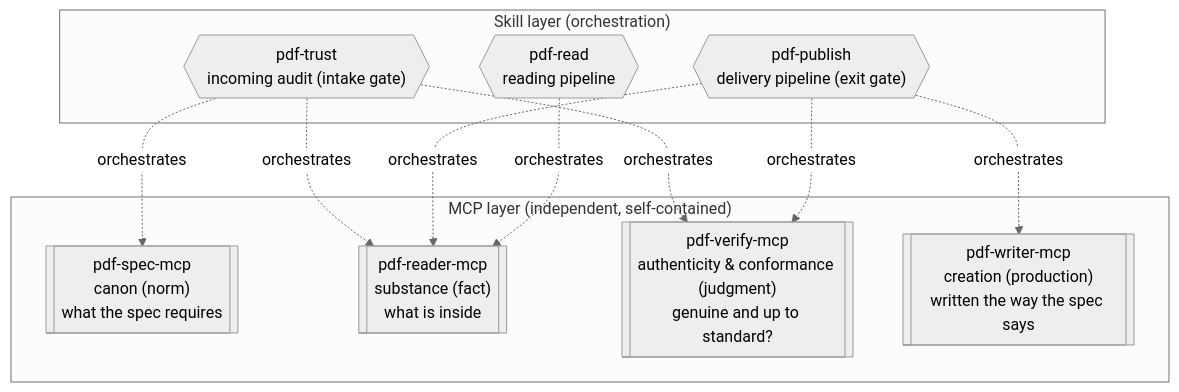
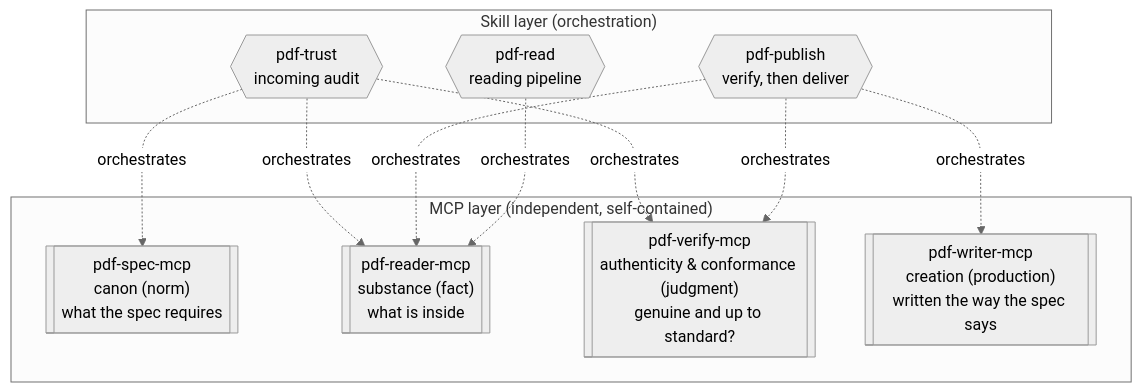
One commit to shuji-bonji/pdf-agent-stack changed the second of 2 diagrams in site/docs/guide/architecture.md. Above: the diagram before and after it, drawn with Mermaid (neutral theme). The commit also changed other lines of this file and 5 other files, not shown here.

````diff
--- a/site/docs/guide/architecture.md
+++ b/site/docs/guide/architecture.md
@@ -49,17 +49,17 @@
 ```mermaid
 graph TB
   subgraph Skills["Skill layer (orchestration)"]
-    TRUST{{"pdf-trust<br>incoming audit (intake gate)"}}
-    PUBLISH{{"pdf-publish<br>delivery pipeline (exit gate)"}}
+    TRUST{{"pdf-trust<br>incoming audit"}}
+    PUBLISH{{"pdf-publish<br>verify, then deliver"}}
     READ{{"pdf-read<br>reading pipeline"}}
   end
   subgraph MCPs["MCP layer (independent, self-contained)"]
     SPEC[["pdf-spec-mcp<br>canon (norm)<br>what the spec requires"]]
     READER[["pdf-reader-mcp<br>substance (fact)<br>what is inside"]]
     VERIFY[["pdf-verify-mcp<br>authenticity & conformance (judgment)<br>genuine and up to standard?"]]
     WRITER[["pdf-writer-mcp<br>creation (production)<br>written the way the spec says"]]
   end
   TRUST -.->|orchestrates| VERIFY & READER & SPEC
   PUBLISH -.->|orchestrates| WRITER & READER & VERIFY
   READ -.->|orchestrates| READER
 ```
````
